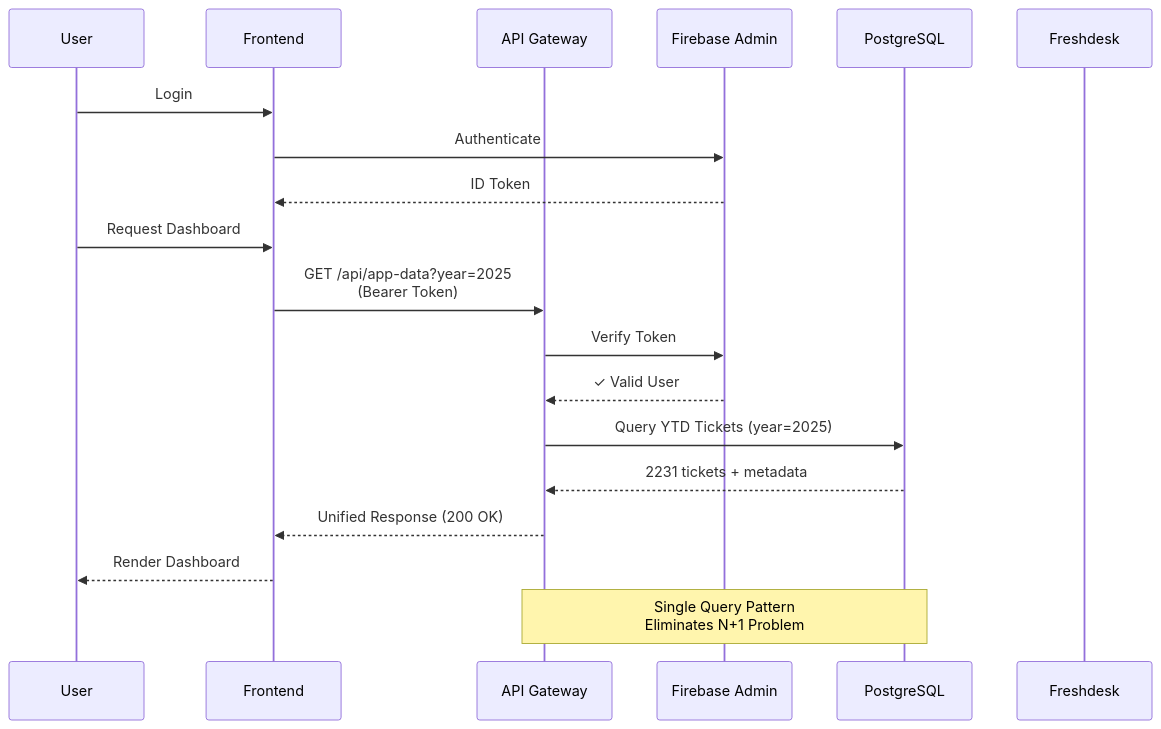
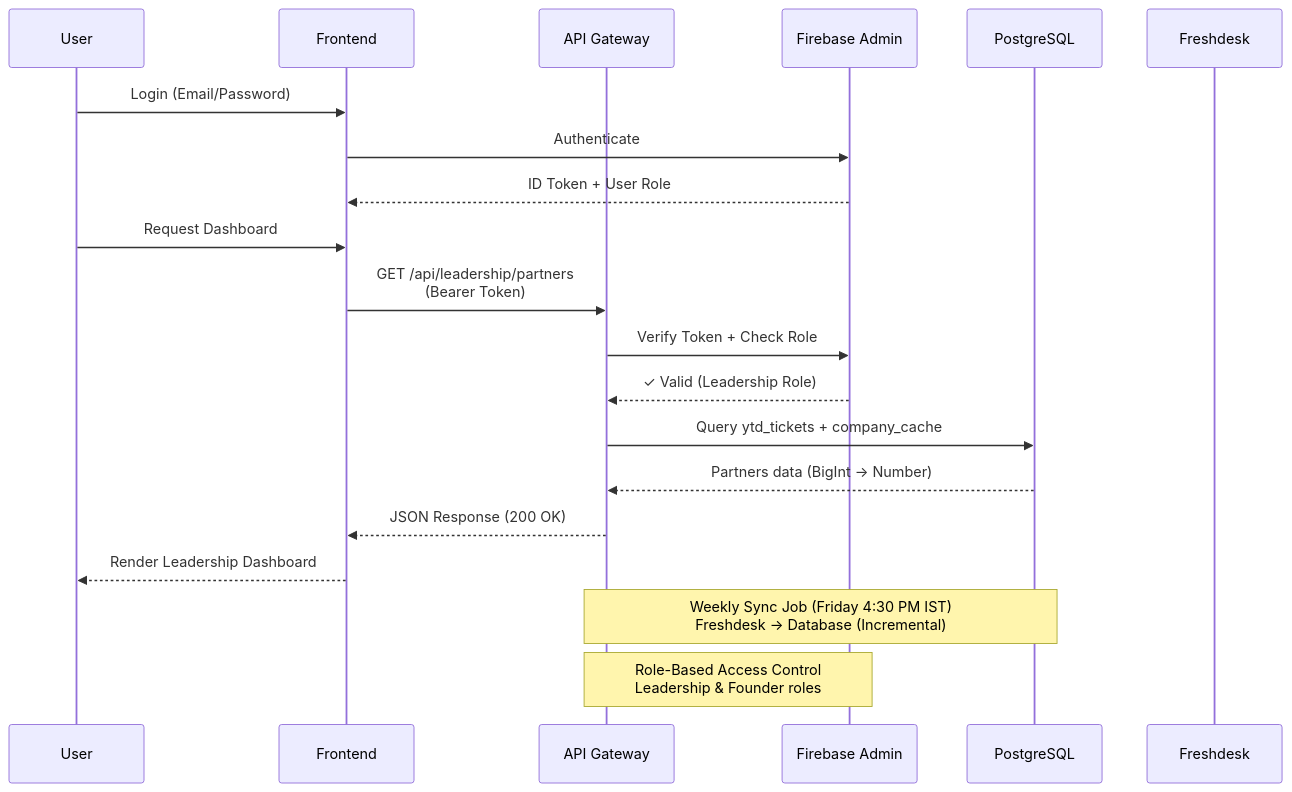
One commit to siddharthr29/support-intelligence-portal changed the second of 3 diagrams in README.md. Above: the diagram before and after it, drawn with Mermaid. The commit also changed other lines of this file and 9 other files, not shown here.

````diff
--- a/README.md
+++ b/README.md
@@ -80,24 +87,25 @@
 ```mermaid
 sequenceDiagram
     participant U as User
     participant F as Frontend
     participant A as API Gateway
     participant Auth as Firebase Admin
     participant DB as PostgreSQL
     participant FD as Freshdesk
 
-    U->>F: Login
+    U->>F: Login (Email/Password)
     F->>Auth: Authenticate
-    Auth-->>F: ID Token
+    Auth-->>F: ID Token + User Role
     
     U->>F: Request Dashboard
-    F->>A: GET /api/app-data?year=2025<br/>(Bearer Token)
-    A->>Auth: Verify Token
-    Auth-->>A: ✓ Valid User
-    A->>DB: Query YTD Tickets (year=2025)
-    DB-->>A: 2231 tickets + metadata
-    A-->>F: Unified Response (200 OK)
-    F-->>U: Render Dashboard
+    F->>A: GET /api/leadership/partners<br/>(Bearer Token)
+    A->>Auth: Verify Token + Check Role
+    Auth-->>A: ✓ Valid (Leadership Role)
+    A->>DB: Query ytd_tickets + company_cache
+    DB-->>A: Partners data (BigInt → Number)
+    A-->>F: JSON Response (200 OK)
+    F-->>U: Render Leadership Dashboard
 
-    Note over A,DB: Single Query Pattern<br/>Eliminates N+1 Problem
+    Note over A,DB: Weekly Sync Job (Friday 4:30 PM IST)<br/>Freshdesk → Database (Incremental)
+    Note over A,Auth: Role-Based Access Control<br/>Leadership & Founder roles
 ```
````
